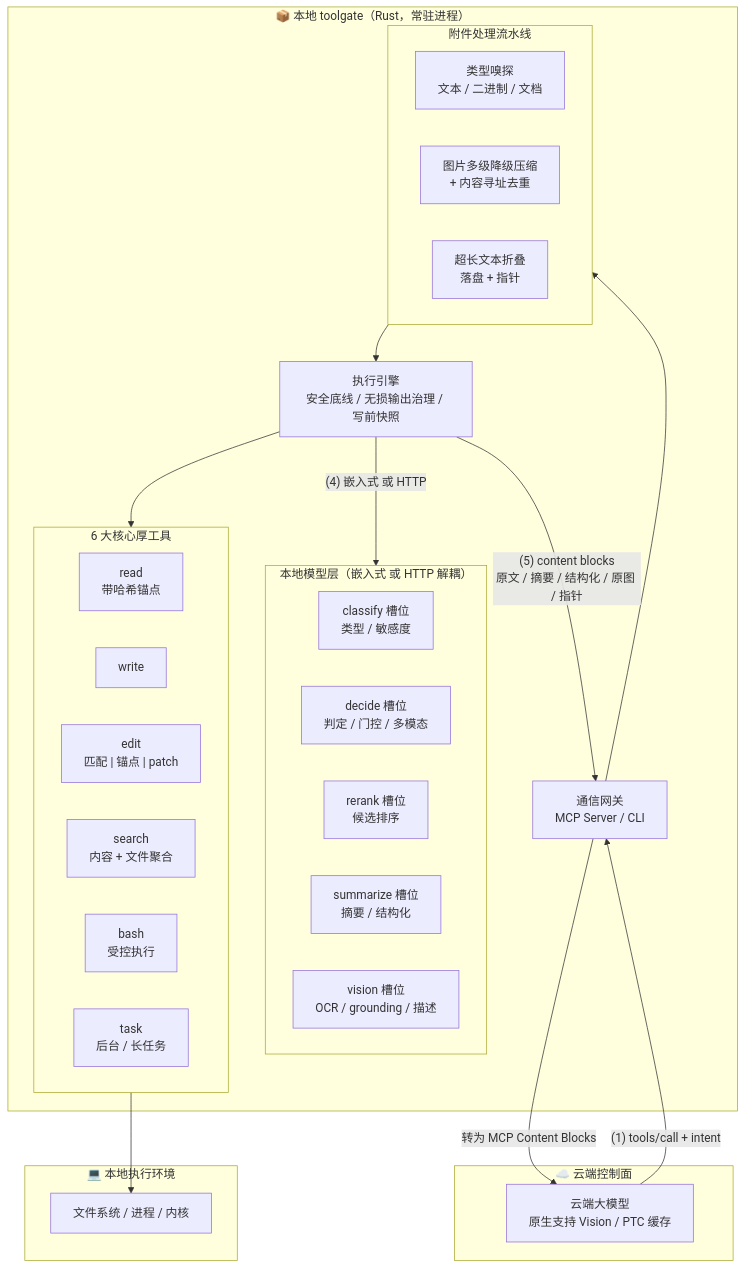
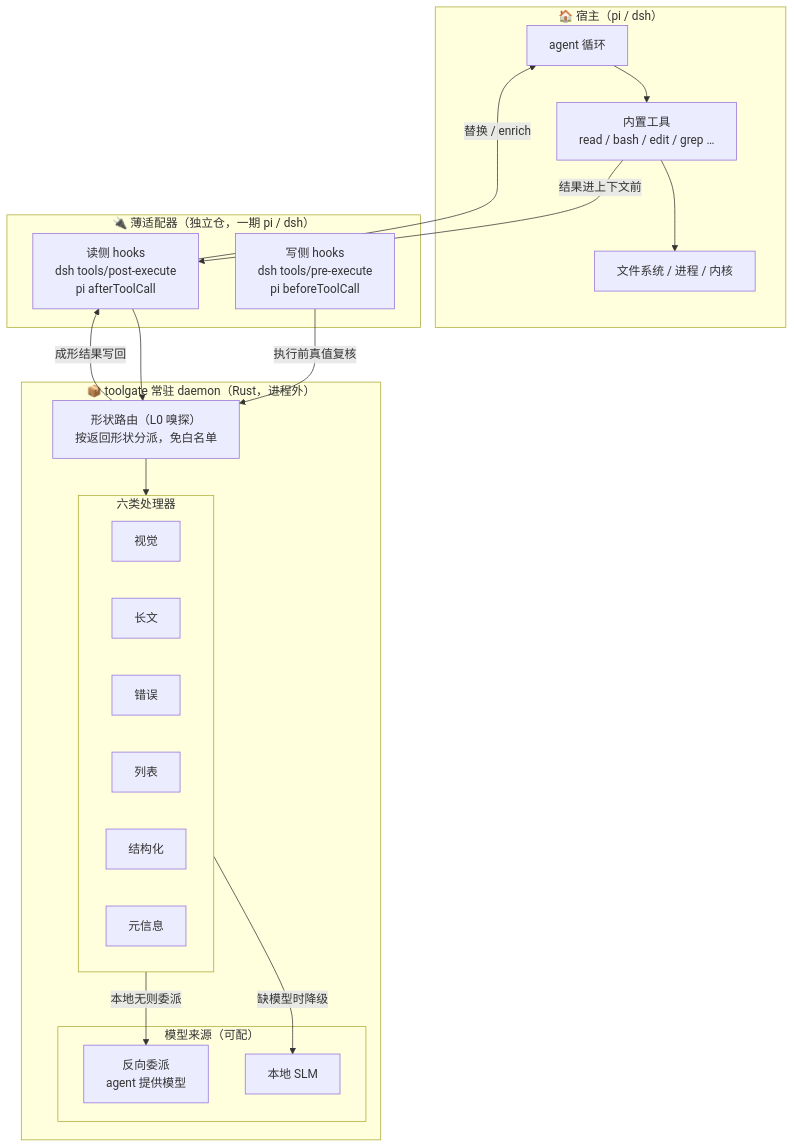
The first of 2 diagrams in docs/architecture.md (lws2004/toolgate), drawn with Mermaid before and after one commit. The commit also changed other lines of this file and 31 other files, not shown here.

First line of the commit message:
feat: 落地 daemon + govern/pre 新形态与六处理器改造

````diff
--- a/docs/architecture.md
+++ b/docs/architecture.md
@@ -344,49 +378,40 @@
 ```mermaid
 flowchart TD
-    subgraph Cloud["☁️ 云端控制面"]
-        CloudLLM["云端大模型<br/>原生支持 Vision / PTC 缓存"]
+    subgraph Host["🏠 宿主（pi / dsh）"]
+        Agent["agent 循环"]
+        Builtin["内置工具<br/>read / bash / edit / grep …"]
+        OS["文件系统 / 进程 / 内核"]
+        Agent --> Builtin
+        Builtin --> OS
     end
 
-    subgraph LocalTool["📦 本地 toolgate（Rust，常驻进程）"]
-        Gateway["通信网关<br/>MCP Server / CLI"]
-
-        subgraph AttachmentPipeline["附件处理流水线"]
-            TypeSniffer["类型嗅探<br/>文本 / 二进制 / 文档"]
-            ImgProcessor["图片多级降级压缩<br/>+ 内容寻址去重"]
-            TextFolder["超长文本折叠<br/>落盘 + 指针"]
-        end
-
-        subgraph ModelLayer["本地模型层（嵌入式 或 HTTP 解耦）"]
-            Classifier["classify 槽位<br/>类型 / 敏感度"]
-            Decider["decide 槽位<br/>判定 / 门控 / 多模态"]
-            Reranker["rerank 槽位<br/>候选排序"]
-            TextSLM["summarize 槽位<br/>摘要 / 结构化"]
-            VisionSLM["vision 槽位<br/>OCR / grounding / 描述"]
-        end
-
-        Engine["执行引擎<br/>安全底线 / 无损输出治理 / 写前快照"]
-
-        subgraph Executors["6 大核心厚工具"]
-            direction LR
-            T1["read<br/>带哈希锚点"]
-            T2["write"]
-            T3["edit<br/>匹配 | 锚点 | patch"]
-            T4["search<br/>内容 + 文件聚合"]
-            T5["bash<br/>受控执行"]
-            T6["task<br/>后台 / 长任务"]
-        end
+    subgraph Adapter["🔌 薄适配器（独立仓，一期 pi / dsh）"]
+        Hook["读侧 hooks<br/>dsh tools/post-execute<br/>pi afterToolCall"]
+        PreHook["写侧 hooks<br/>dsh tools/pre-execute<br/>pi beforeToolCall"]
     end
 
-    subgraph LocalOS["💻 本地执行环境"]
-        OS["文件系统 / 进程 / 内核"]
+    subgraph Daemon["📦 toolgate 常驻 daemon（Rust，进程外）"]
+        Router["形状路由（L0 嗅探）<br/>按返回形状分派，免白名单"]
+        subgraph Handlers["六类处理器"]
+            H1["视觉"]
+            H2["长文"]
+            H3["错误"]
+            H4["列表"]
+            H5["结构化"]
+            H6["元信息"]
+        end
+        subgraph ModelLayer["模型来源（可配）"]
+            Local["本地 SLM"]
+            Deleg["反向委派<br/>agent 提供模型"]
+        end
+        Router --> Handlers
+        Handlers -- "缺模型时降级" --> Local
+        Handlers -- "本地无则委派" --> Deleg
     end
 
-    CloudLLM -- "(1) tools/call + intent" --> Gateway
-    Gateway --> AttachmentPipeline
-    AttachmentPipeline --> Engine
-    Engine -- "(4) 嵌入式 或 HTTP" --> ModelLayer
-    Engine --> Executors
-    Executors --> OS
-    Engine -- "(5) content blocks<br/>原文 / 摘要 / 结构化 / 原图 / 指针" --> Gateway
-    Gateway -- "转为 MCP Content Blocks" --> CloudLLM
+    Builtin -- "结果进上下文前" --> Hook
+    Hook --> Router
+    PreHook -- "执行前真值复核" --> Router
+    Router -- "成形结果写回" --> Hook
+    Hook -- "替换 / enrich" --> Agent
 ```
````
